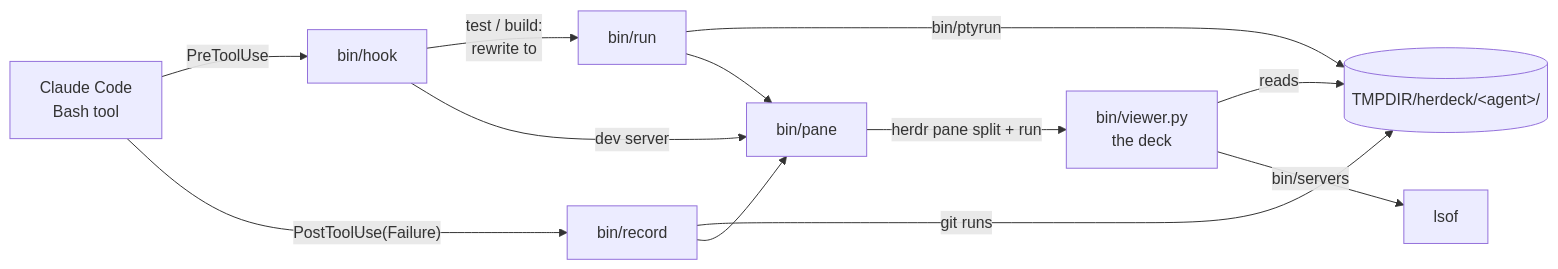
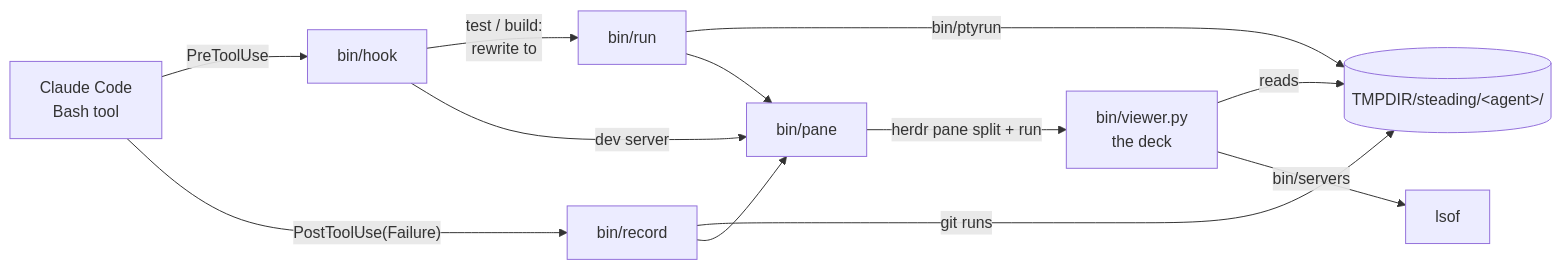
The diagram in README.md (levx-me/herdeck), drawn with Mermaid before and after one commit. The commit also changed other lines of this file and 12 other files, not shown here.

First line of the commit message:
Rename Herdeck to Steading

````diff
--- a/README.md
+++ b/README.md
@@ -119,14 +121,14 @@
 ```mermaid
 flowchart LR
   A[Claude Code<br/>Bash tool] -- PreToolUse --> H[bin/hook]
   H -- test / build:<br/>rewrite to --> R[bin/run]
   H -- dev server --> P[bin/pane]
   A -- PostToolUse(Failure) --> C[bin/record]
-  C -- git runs --> S[(TMPDIR/herdeck/&lt;agent&gt;/)]
+  C -- git runs --> S[(TMPDIR/steading/&lt;agent&gt;/)]
   R -- bin/ptyrun --> S
   R --> P
   C --> P
   P -- herdr pane split + run --> V[bin/viewer.py<br/>the deck]
   V -- reads --> S
   V -- bin/servers --> L[lsof]
 ```
````
